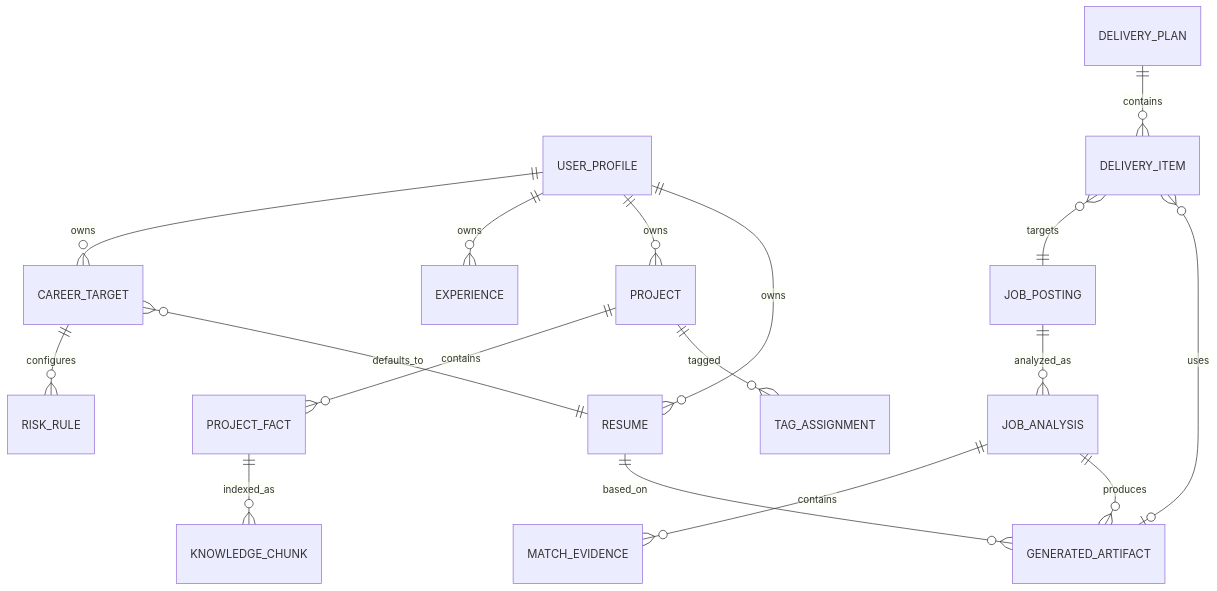
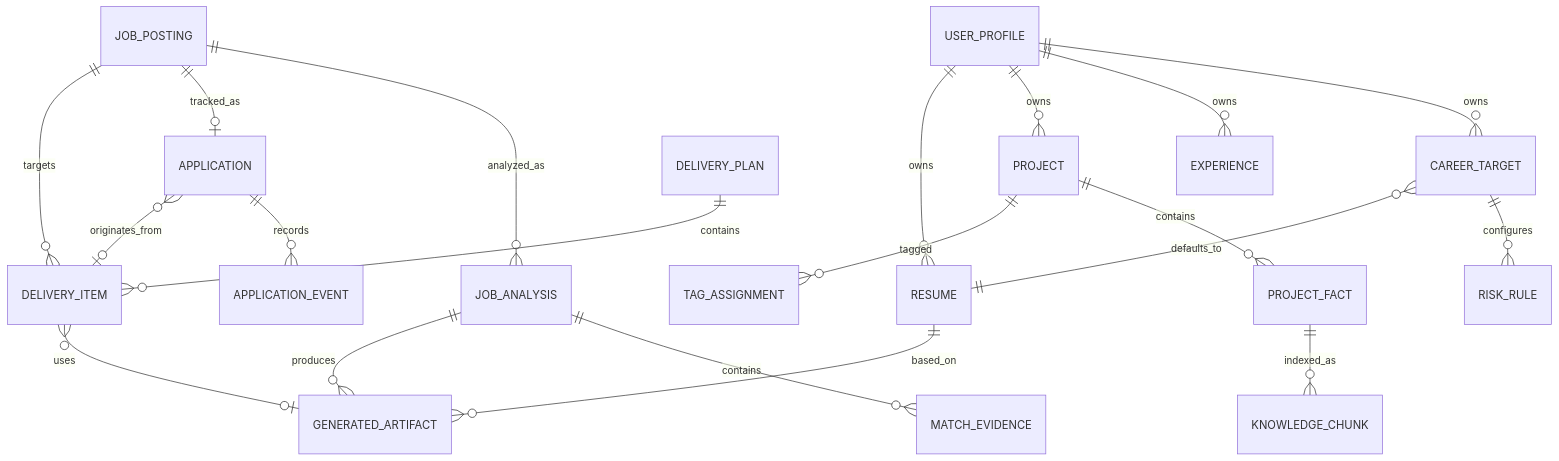
The diagram in docs/DATA_MODEL.md (a764506248/Job-Search-Assistant), drawn with Mermaid before and after one commit. The commit also changed other lines of this file and 14 other files, not shown here.

````diff
--- a/docs/DATA_MODEL.md
+++ b/docs/DATA_MODEL.md
@@ -15,19 +15,22 @@
 ```mermaid
 erDiagram
     USER_PROFILE ||--o{ CAREER_TARGET : owns
     USER_PROFILE ||--o{ EXPERIENCE : owns
     USER_PROFILE ||--o{ PROJECT : owns
     USER_PROFILE ||--o{ RESUME : owns
     PROJECT ||--o{ PROJECT_FACT : contains
     PROJECT ||--o{ TAG_ASSIGNMENT : tagged
     PROJECT_FACT ||--o{ KNOWLEDGE_CHUNK : indexed_as
     CAREER_TARGET ||--o{ RISK_RULE : configures
     CAREER_TARGET }o--|| RESUME : defaults_to
     JOB_POSTING ||--o{ JOB_ANALYSIS : analyzed_as
     JOB_ANALYSIS ||--o{ MATCH_EVIDENCE : contains
     JOB_ANALYSIS ||--o{ GENERATED_ARTIFACT : produces
     RESUME ||--o{ GENERATED_ARTIFACT : based_on
     DELIVERY_PLAN ||--o{ DELIVERY_ITEM : contains
     DELIVERY_ITEM }o--|| JOB_POSTING : targets
     DELIVERY_ITEM }o--o| GENERATED_ARTIFACT : uses
+    JOB_POSTING ||--o| APPLICATION : tracked_as
+    APPLICATION ||--o{ APPLICATION_EVENT : records
+    APPLICATION }o--o| DELIVERY_ITEM : originates_from
 ```
````
